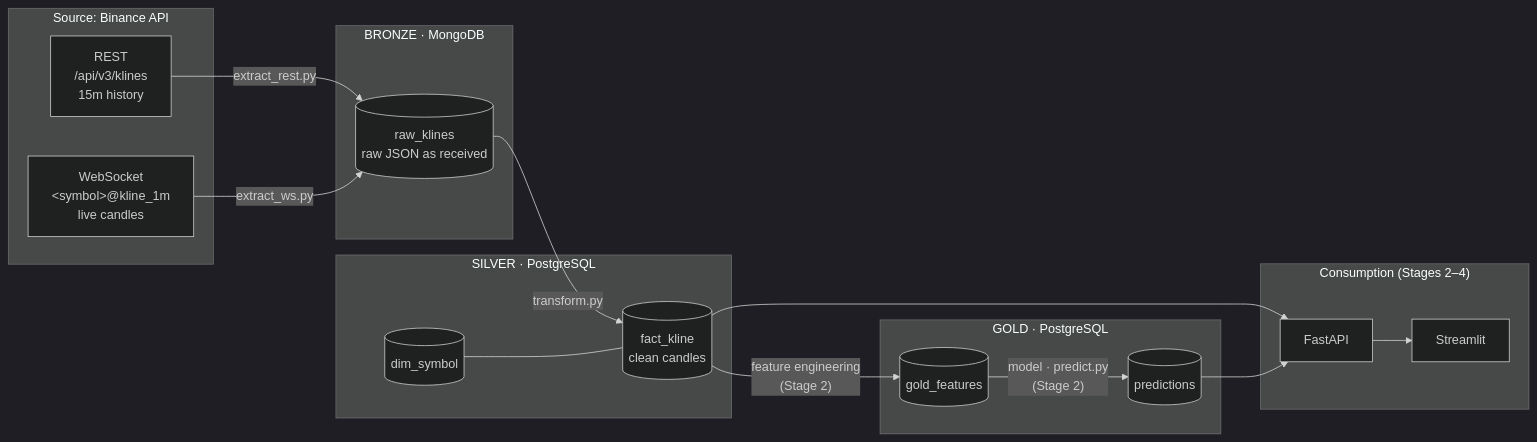
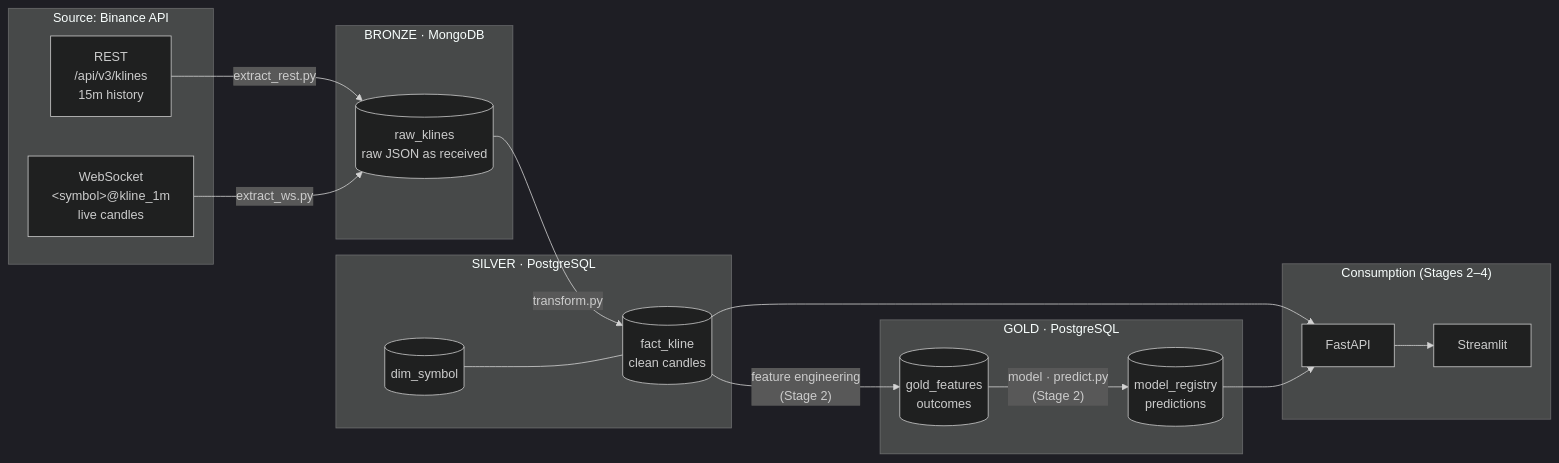
Before and after one commit to DataScientest-Studio/sep26_bde_int_opa: the first of 2 diagrams in docs/architecture.md, drawn with Mermaid (dark theme). The commit also changed other lines of this file and 7 other files, not shown here.

Commit message:
Gold layer: schema for multiple models, build_features with outcomes and tests

````diff
--- a/docs/architecture.md
+++ b/docs/architecture.md
@@ -5,36 +5,36 @@
 ```mermaid
 flowchart LR
     subgraph SRC["Source: Binance API"]
         REST["REST<br/>/api/v3/klines<br/>15m history"]
         WS["WebSocket<br/>&lt;symbol&gt;@kline_1m<br/>live candles"]
     end
 
     subgraph BRONZE["BRONZE · MongoDB"]
         RAW[("raw_klines<br/>raw JSON as received")]
     end
 
     subgraph SILVER["SILVER · PostgreSQL"]
         DIM[("dim_symbol")]
         FACT[("fact_kline<br/>clean candles")]
     end
 
     subgraph GOLD["GOLD · PostgreSQL"]
-        FEAT[("gold_features")]
-        PRED[("predictions")]
+        FEAT[("gold_features<br/>outcomes")]
+        PRED[("model_registry<br/>predictions")]
     end
 
     subgraph APP["Consumption (Stages 2–4)"]
         API["FastAPI"]
         UI["Streamlit"]
     end
 
     REST -- "extract_rest.py" --> RAW
     WS -- "extract_ws.py" --> RAW
     RAW -- "transform.py" --> FACT
     DIM --- FACT
     FACT -- "feature engineering<br/>(Stage 2)" --> FEAT
     FEAT -- "model · predict.py<br/>(Stage 2)" --> PRED
     FACT --> API
     PRED --> API
     API --> UI
 ```
````
